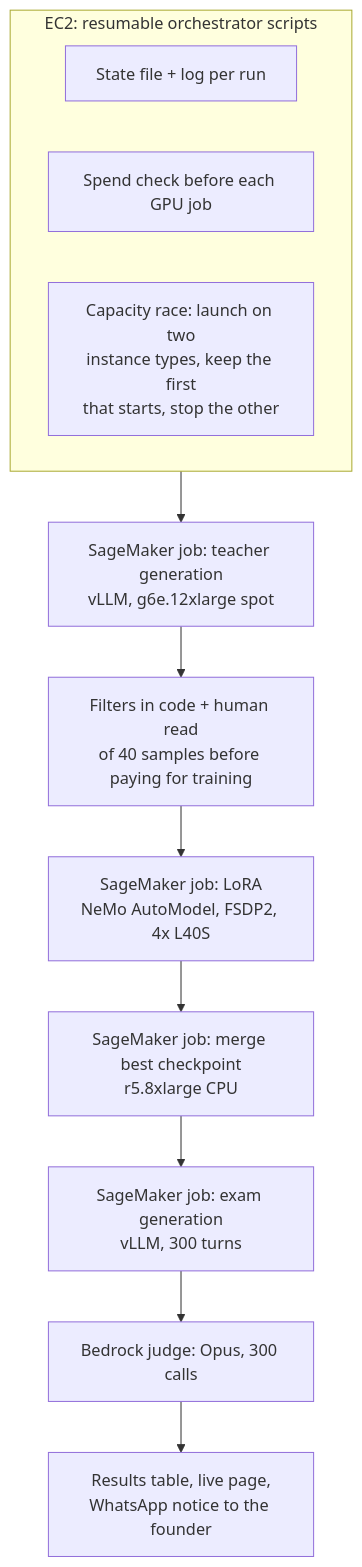
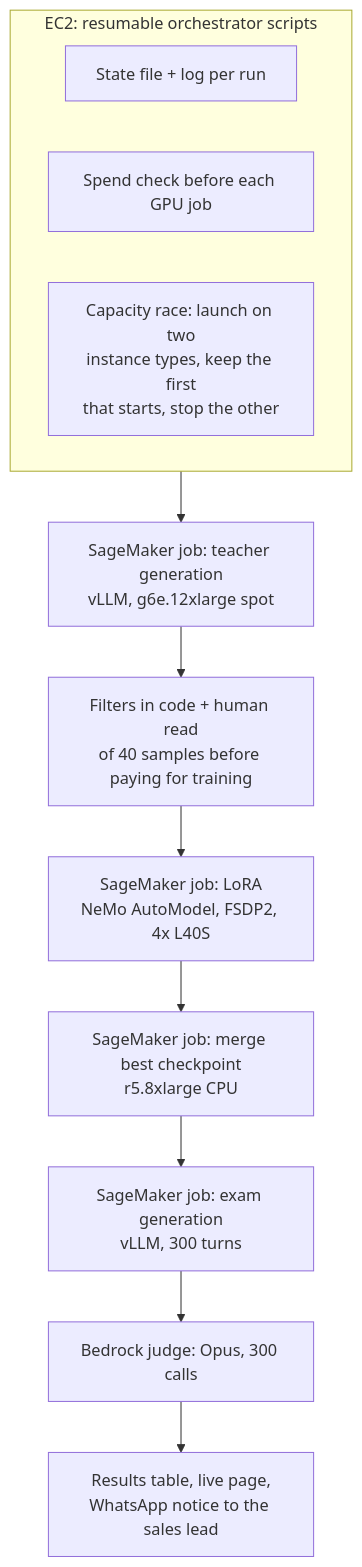
One commit to victorgalloo/superleads-ai-aws-nvidia changed the second of 2 diagrams in docs/en/training-and-evaluation.md. Above: the diagram before and after it, drawn with Mermaid. The commit also changed 12 other files, not shown here.

````diff
--- a/docs/en/training-and-evaluation.md
+++ b/docs/en/training-and-evaluation.md
@@ -65,15 +65,15 @@
 ```mermaid
 flowchart TB
   subgraph Orchestrator[EC2: resumable orchestrator scripts]
     O1[State file + log per run]
     O2[Spend check before each GPU job]
     O3[Capacity race: launch on two<br/>instance types, keep the first<br/>that starts, stop the other]
   end
   Orchestrator --> T1[SageMaker job: teacher generation<br/>vLLM, g6e.12xlarge spot]
   T1 --> F[Filters in code + human read<br/>of 40 samples before paying for training]
   F --> T2[SageMaker job: LoRA<br/>NeMo AutoModel, FSDP2, 4x L40S]
   T2 --> T3[SageMaker job: merge best checkpoint<br/>r5.8xlarge CPU]
   T3 --> T4[SageMaker job: exam generation<br/>vLLM, 300 turns]
   T4 --> J[Bedrock judge: Opus, 300 calls]
-  J --> TB[Results table, live page,<br/>WhatsApp notice to the founder]
+  J --> TB[Results table, live page,<br/>WhatsApp notice to the sales lead]
 ```
````
